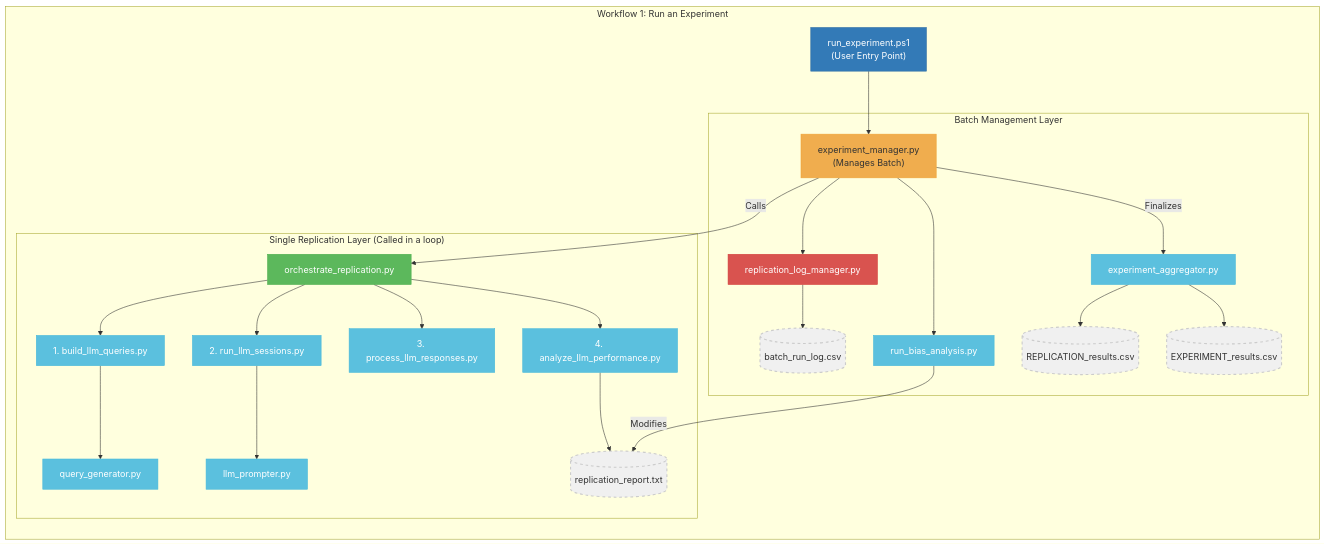
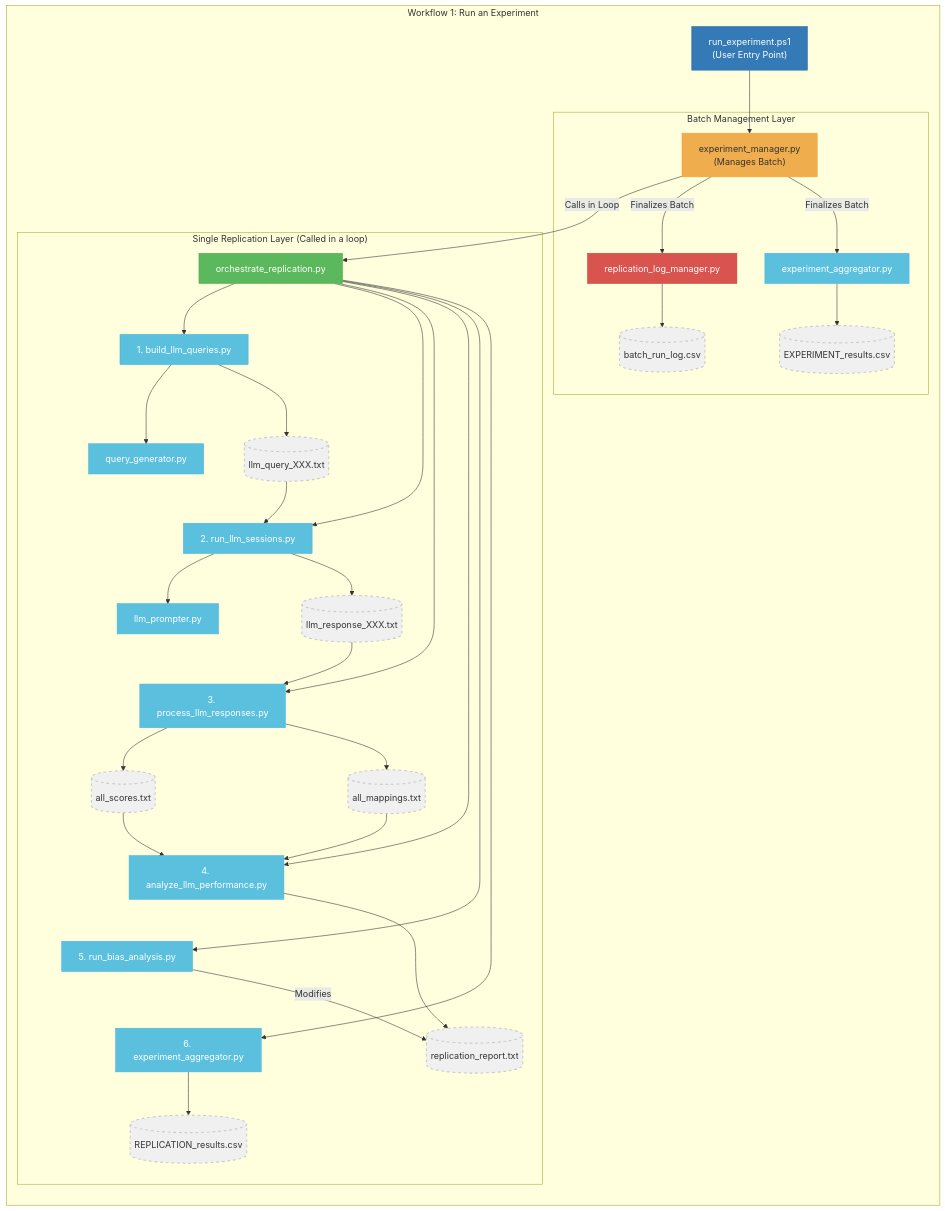
The diagram in docs/diagrams/architecture_workflow_1_run_experiment.mmd (peterjmarko/llm-narrative-framework), drawn with Mermaid before and after one commit. The commit also changed 8 other files, not shown here.

```diff
--- a/docs/diagrams/architecture_workflow_1_run_experiment.mmd
+++ b/docs/diagrams/architecture_workflow_1_run_experiment.mmd
@@ -1,73 +1,97 @@
 graph TD
     %% 1. Define all nodes first
     EntryPoint["run_experiment.ps1<br/>(User Entry Point)"]:::entry
     BatchManager["experiment_manager.py<br/>(Manages Batch)"]:::layer_orange
     LogManager["replication_log_manager.py"]:::danger
     BatchLog[("batch_run_log.csv")]:::artifact
-    BiasAnalysis["run_bias_analysis.py"]:::script
-    Aggregator["experiment_aggregator.py"]:::script
+    FinalAggregator["experiment_aggregator.py"]:::script
     ReplResults[("REPLICATION_results.csv")]:::artifact
     ExpResults[("EXPERIMENT_results.csv")]:::artifact
     
     ReplicationOrchestrator["orchestrate_replication.py"]:::layer_green
     BuildQueries["1. build_llm_queries.py"]:::script
     QueryGenerator["query_generator.py"]:::script
+    LLMQueries[("llm_query_XXX.txt")]:::artifact
     RunSessions["2. run_llm_sessions.py"]:::script
     LLMPrompter["llm_prompter.py"]:::script
+    LLMResponses[("llm_response_XXX.txt")]:::artifact
     ProcessResponses["3. process_llm_responses.py"]:::script
+    AllScores[("all_scores.txt")]:::artifact
+    AllMappings[("all_mappings.txt")]:::artifact
     AnalyzePerformance["4. analyze_llm_performance.py"]:::script
+    BiasAnalysis["5. run_bias_analysis.py"]:::script
+    Aggregator["6. experiment_aggregator.py"]:::script
     ReplicationReport[("replication_report.txt")]:::artifact
 
     %% 2. Define connections
     EntryPoint --> BatchManager
-    BatchManager -- "Calls" --> ReplicationOrchestrator
-    BatchManager --> LogManager
+    BatchManager -- "Calls in Loop" --> ReplicationOrchestrator
+    BatchManager -- "Finalizes Batch" --> LogManager
     LogManager --> BatchLog
-    BatchManager --> BiasAnalysis
-    BatchManager -- "Finalizes" --> Aggregator
-    Aggregator --> ReplResults
-    Aggregator --> ExpResults
-
+    
+    %% The orchestrator now handles the full 6-stage replication pipeline
     ReplicationOrchestrator --> BuildQueries
     ReplicationOrchestrator --> RunSessions
     ReplicationOrchestrator --> ProcessResponses
     ReplicationOrchestrator --> AnalyzePerformance
+    ReplicationOrchestrator --> BiasAnalysis
+    ReplicationOrchestrator --> Aggregator
+
+    %% Add invisible links to force the visual order of the stages
+    BuildQueries ~~~ RunSessions ~~~ ProcessResponses ~~~ AnalyzePerformance ~~~ BiasAnalysis ~~~ Aggregator
+
+    BatchManager -- "Finalizes Batch" --> FinalAggregator
+    FinalAggregator --> ExpResults
+    Aggregator --> ReplResults
 
     BuildQueries --> QueryGenerator
+    BuildQueries --> LLMQueries
+    LLMQueries --> RunSessions
     RunSessions --> LLMPrompter
+    RunSessions --> LLMResponses
+    LLMResponses --> ProcessResponses
+    ProcessResponses --> AllScores
+    ProcessResponses --> AllMappings
+    AllScores --> AnalyzePerformance
+    AllMappings --> AnalyzePerformance
     AnalyzePerformance --> ReplicationReport
     BiasAnalysis -- "Modifies" --> ReplicationReport
 
     %% 3. Group nodes into subgraphs using their IDs
     subgraph "Workflow 1: Run an Experiment"
         direction TB
         EntryPoint
         subgraph "Batch Management Layer"
             BatchManager
             LogManager
             BatchLog
-            BiasAnalysis
-            Aggregator
-            ReplResults
+            FinalAggregator
             ExpResults
         end
         
         subgraph "Single Replication Layer (Called in a loop)"
             ReplicationOrchestrator
             BuildQueries
             QueryGenerator
+            LLMQueries
             RunSessions
             LLMPrompter
+            LLMResponses
             ProcessResponses
+            AllScores
+            AllMappings
             AnalyzePerformance
+            BiasAnalysis
+            Aggregator
             ReplicationReport
+            ReplResults
         end
     end
 
     %% 4. Styling
     classDef entry fill:#337ab7,stroke:#2e6da4,color:#fff;
     classDef layer_orange fill:#f0ad4e,stroke:#eea236,color:#333;
     classDef layer_green fill:#5cb85c,stroke:#4cae4c,color:#fff;
     classDef script fill:#5bc0de,stroke:#46b8da,color:#fff;
     classDef danger fill:#d9534f,stroke:#d43f3a,color:#fff;
     classDef artifact fill:#f0f0f0,stroke:#ccc,stroke-width:2px,stroke-dasharray: 5 5;
```
